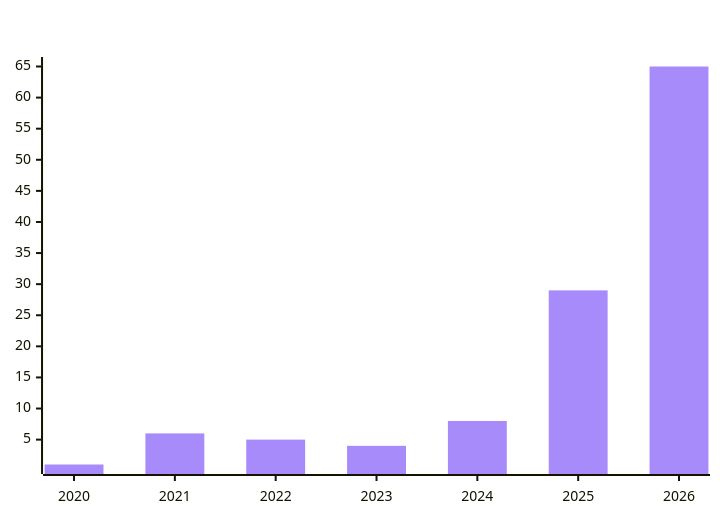
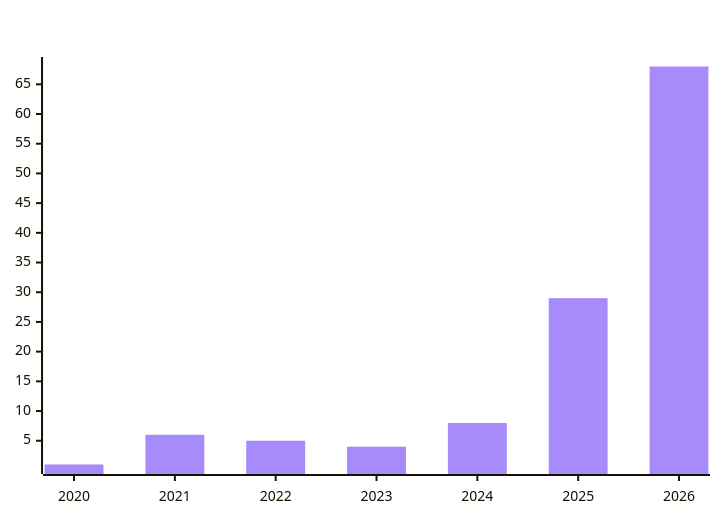
The sixth of 7 diagrams in README.md (polo-nyan/polo-nyan), drawn with Mermaid before and after one commit. The commit also changed other lines of this file and 1 other file, not shown here.

````diff
--- a/README.md
+++ b/README.md
@@ -387,7 +387,7 @@
 ```mermaid
 %%{init: {"xyChart": {"titleColor": "#ffffff", "xAxisLabelColor": "#ffffff", "yAxisLabelColor": "#ffffff"}, "themeVariables": {"xyChart": {"titleColor": "#ffffff", "plotColorPalette": "#a78bfa"}}}}%%
 xychart-beta
     title "Repos Created Per Year"
     x-axis ["2020", "2021", "2022", "2023", "2024", "2025", "2026"]
-    bar [1, 6, 5, 4, 8, 29, 65]
+    bar [1, 6, 5, 4, 8, 29, 68]
 ```
````
